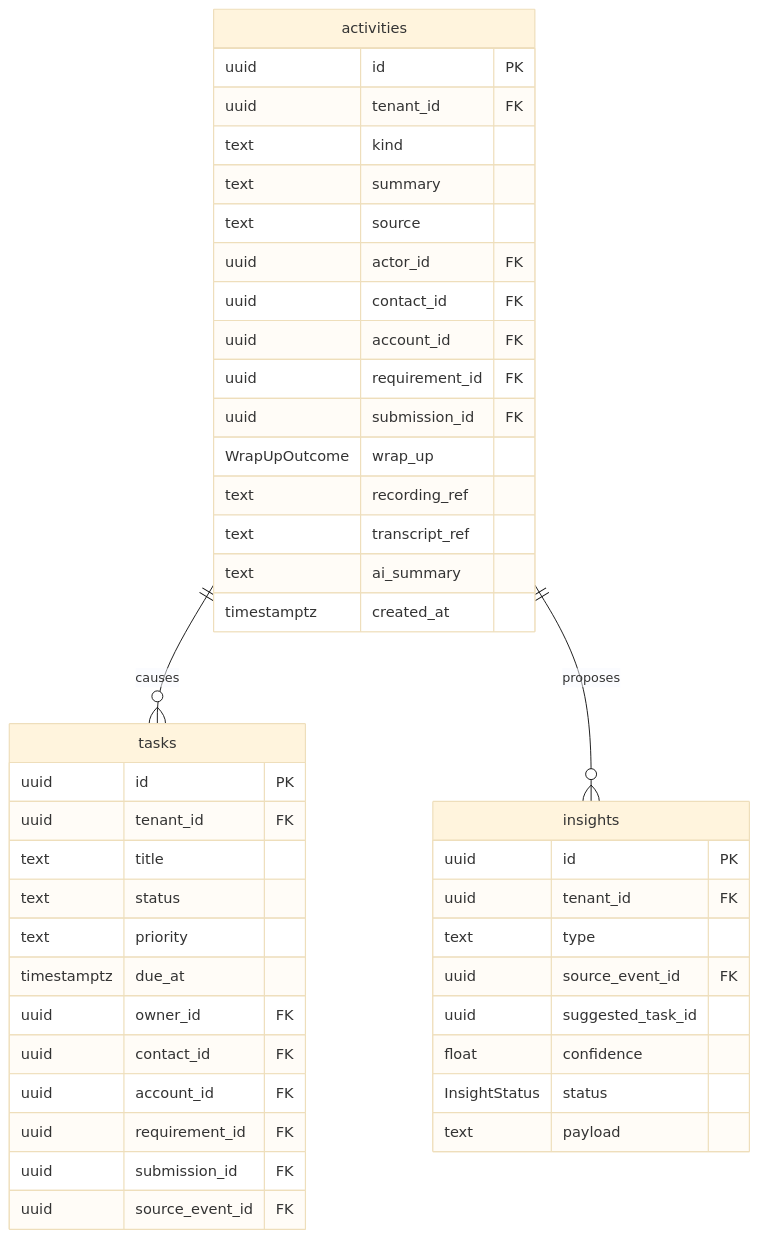
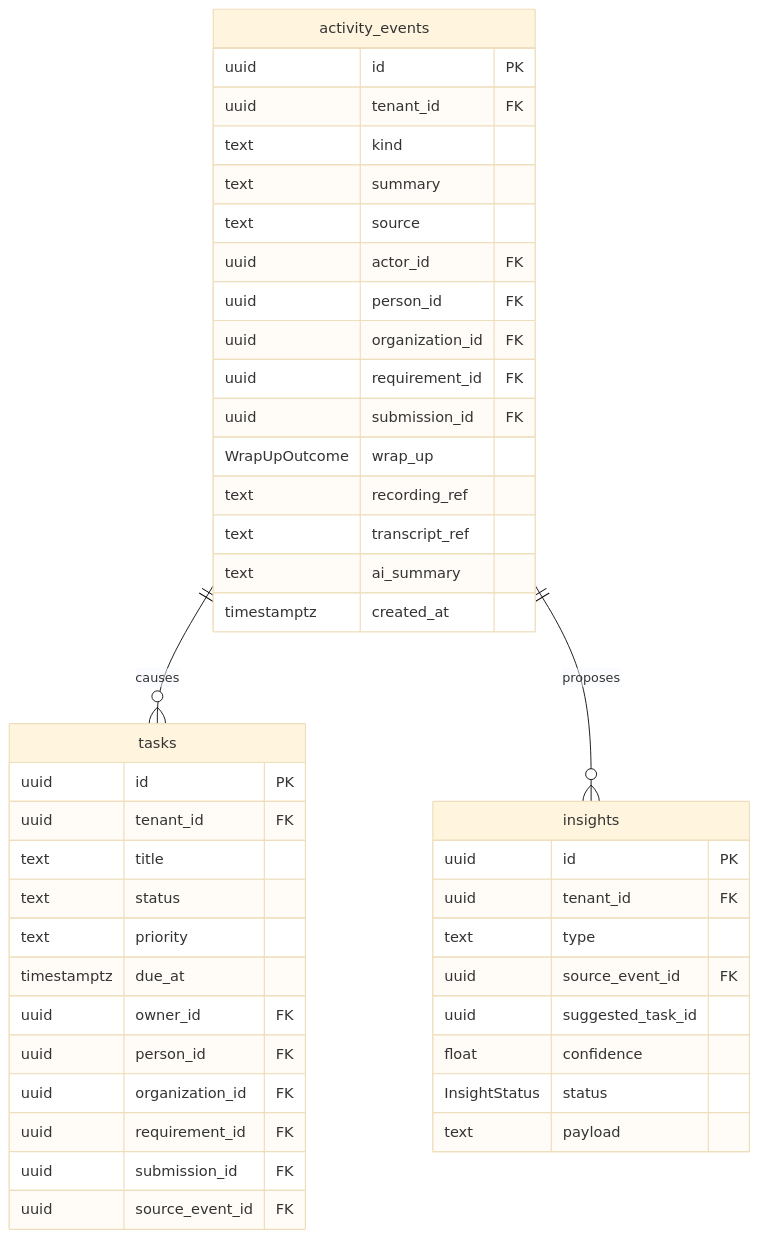
The fifth of 6 diagrams in docs/schema-er-diagram.md (NityaSoftwareSolutionsInc/TalentBridge), drawn with Mermaid (base theme) before and after one commit. The commit also changed other lines of this file and 30 other files, not shown here.

````diff
--- a/docs/schema-er-diagram.md
+++ b/docs/schema-er-diagram.md
@@ -254,47 +265,47 @@
 ```mermaid
 erDiagram
-  activities {
+  activity_events {
     uuid id PK
     uuid tenant_id FK
     text kind
     text summary
     text source
     uuid actor_id FK
-    uuid contact_id FK
-    uuid account_id FK
+    uuid person_id FK
+    uuid organization_id FK
     uuid requirement_id FK
     uuid submission_id FK
     WrapUpOutcome wrap_up
     text recording_ref
     text transcript_ref
     text ai_summary
     timestamptz created_at
   }
   tasks {
     uuid id PK
     uuid tenant_id FK
     text title
     text status
     text priority
     timestamptz due_at
     uuid owner_id FK
-    uuid contact_id FK
-    uuid account_id FK
+    uuid person_id FK
+    uuid organization_id FK
     uuid requirement_id FK
     uuid submission_id FK
     uuid source_event_id FK
   }
   insights {
     uuid id PK
     uuid tenant_id FK
     text type
     uuid source_event_id FK
     uuid suggested_task_id
     float confidence
     InsightStatus status
     text payload
   }
 
-  activities ||--o{ tasks : causes
-  activities ||--o{ insights : proposes
+  activity_events ||--o{ tasks : causes
+  activity_events ||--o{ insights : proposes
 ```
````
